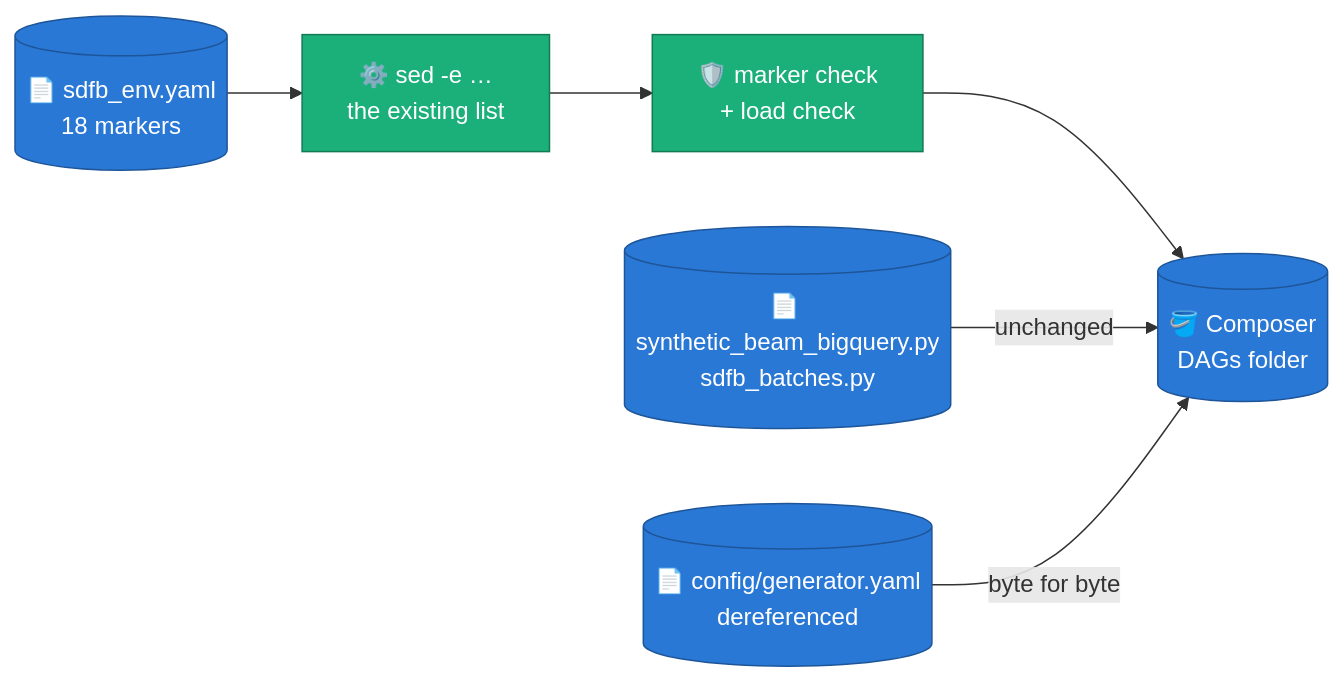
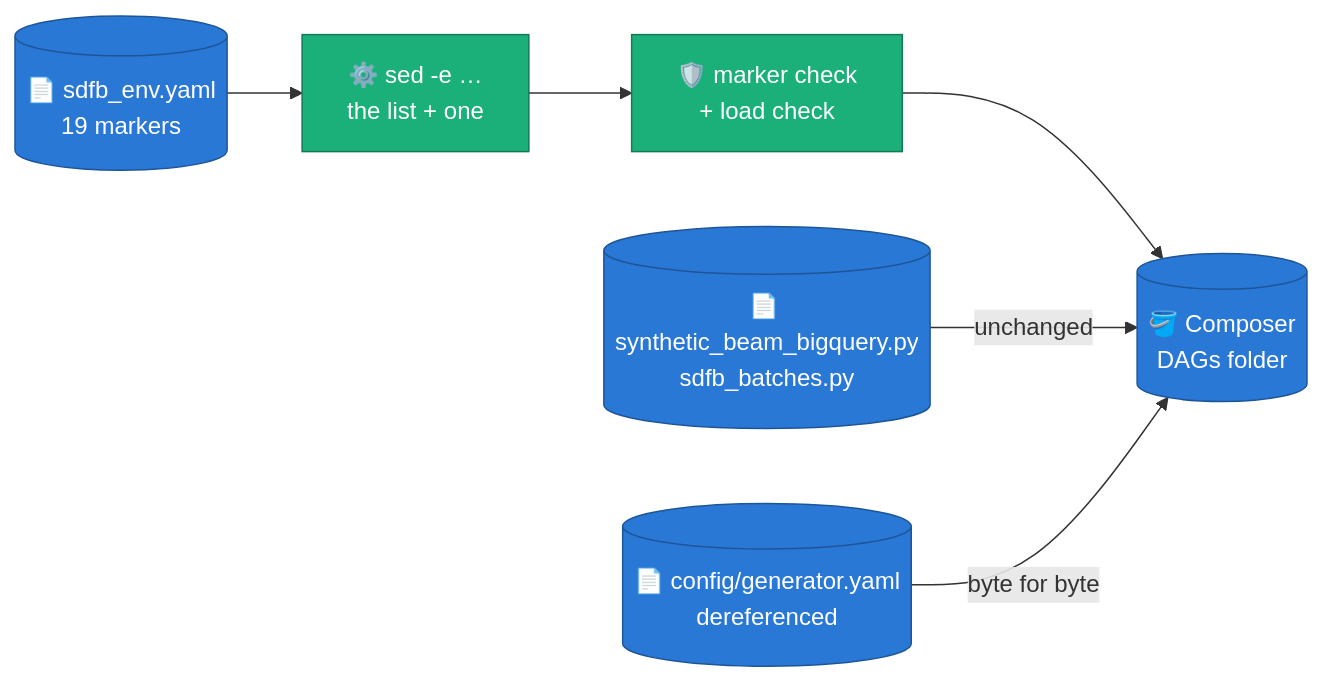
The first of 9 diagrams in docs/RUN_PLAYBOOK.md (albertols/synthetic-llm-dataflow-bigquery), drawn with Mermaid before and after one commit. The commit also changed other lines of this file and 6 other files, not shown here.

````diff
--- a/docs/RUN_PLAYBOOK.md
+++ b/docs/RUN_PLAYBOOK.md
@@ -114,18 +117,18 @@
 ```mermaid
 flowchart LR
   classDef beam  fill:#eb6834,color:#fff,stroke:#b44f26
   classDef cpu   fill:#1baf7a,color:#fff,stroke:#127a55
   classDef gpu   fill:#7a3fd1,color:#fff,stroke:#5a2f9d
   classDef store fill:#2a78d6,color:#fff,stroke:#1d5599
   classDef data  fill:#6b7280,color:#fff,stroke:#4b5563
 
   D[("📄 synthetic_beam_bigquery.py<br/>sdfb_batches.py")]:::store
   Y[("📄 config/generator.yaml<br/>dereferenced")]:::store
-  O[("📄 sdfb_env.yaml<br/>18 markers")]:::store
-  S["⚙️ sed -e …<br/>the existing list"]:::cpu
+  O[("📄 sdfb_env.yaml<br/>19 markers")]:::store
+  S["⚙️ sed -e …<br/>the list + one"]:::cpu
   C["🛡️ marker check<br/>+ load check"]:::cpu
   F[("🪣 Composer<br/>DAGs folder")]:::store
   O --> S --> C --> F
   D -->|"unchanged"| F
   Y -->|"byte for byte"| F
 ```
````
